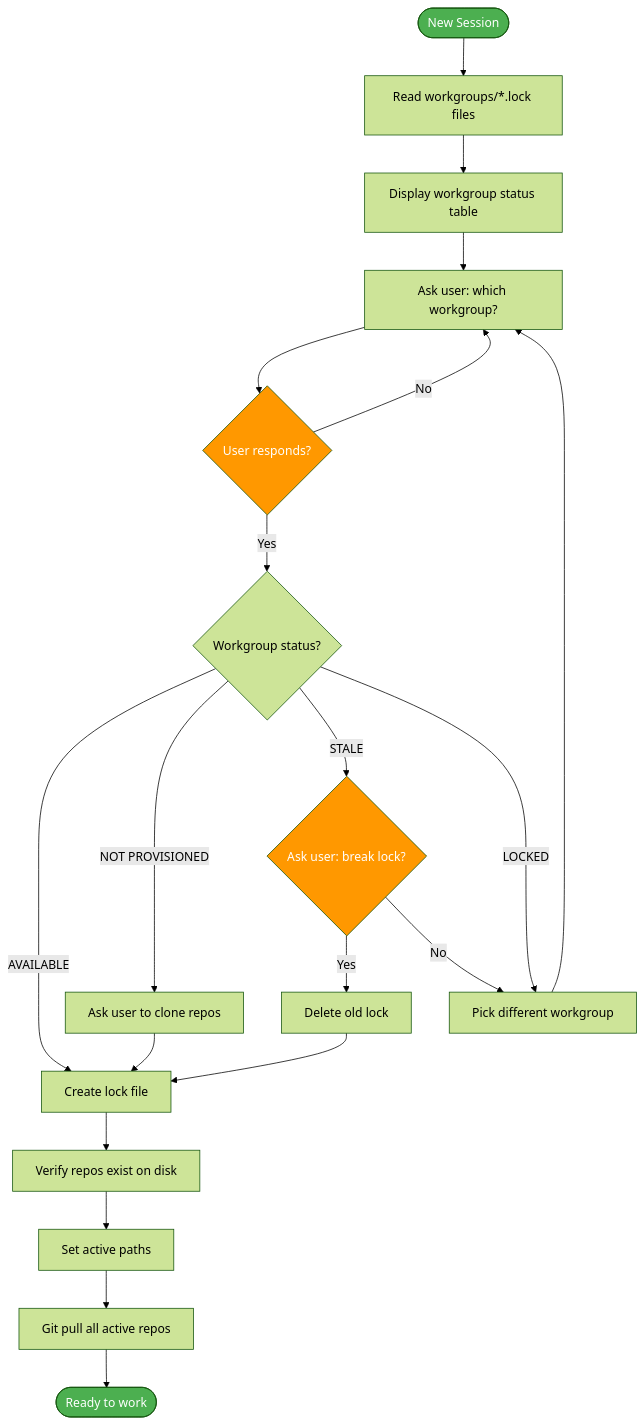
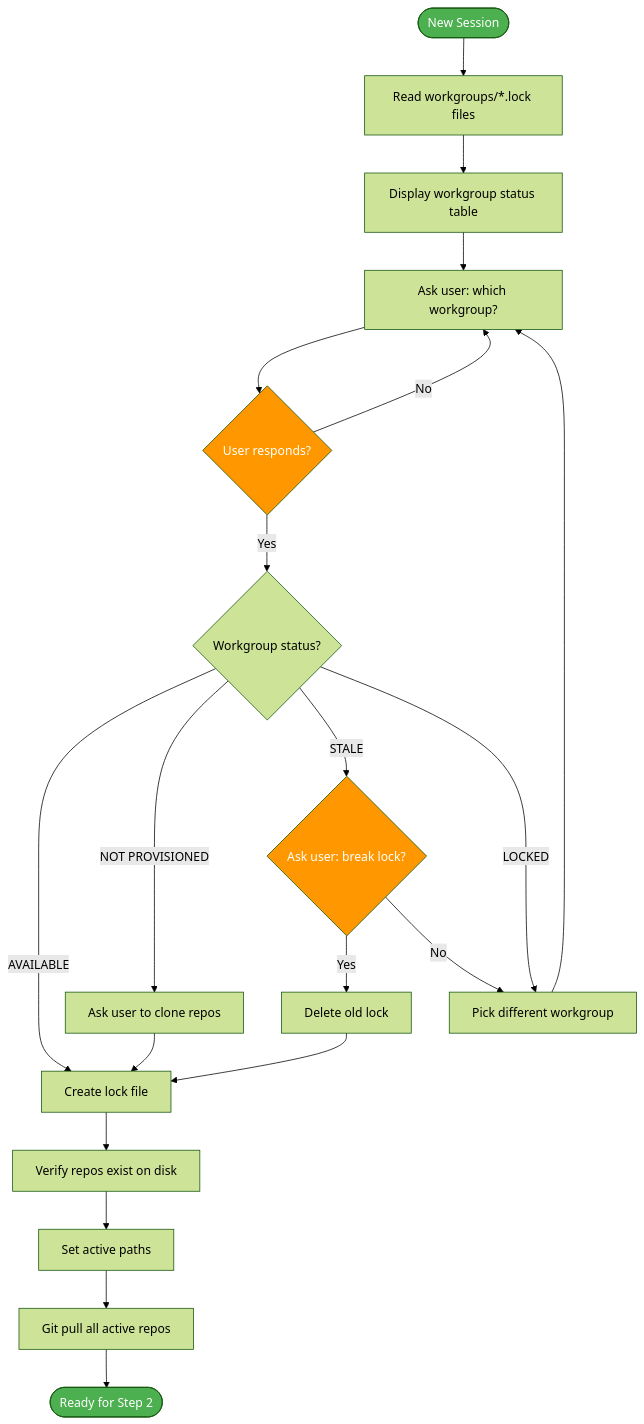
The third of 5 diagrams in docs/WORKFLOW_DIAGRAM.md (mblua/todo-workflow), drawn with Mermaid (forest theme) before and after one commit. The commit also changed other lines of this file and 7 other files, not shown here.

````diff
--- a/docs/WORKFLOW_DIAGRAM.md
+++ b/docs/WORKFLOW_DIAGRAM.md
@@ -7,29 +98,29 @@
 ```mermaid
 flowchart TD
     START([New Session]) --> READ[Read workgroups/*.lock files]
     READ --> DISPLAY[Display workgroup status table]
     DISPLAY --> ASK[Ask user: which workgroup?]
     ASK --> WAIT{User responds?}
     WAIT -->|No| ASK
     WAIT -->|Yes| CHECK{Workgroup status?}
 
     CHECK -->|AVAILABLE| LOCK[Create lock file]
     CHECK -->|NOT PROVISIONED| CLONE[Ask user to clone repos]
     CHECK -->|STALE| BREAK{Ask user: break lock?}
     CHECK -->|LOCKED| PICK[Pick different workgroup]
 
     BREAK -->|Yes| DELETE[Delete old lock] --> LOCK
     BREAK -->|No| PICK
     PICK --> ASK
     CLONE --> LOCK
 
     LOCK --> VERIFY[Verify repos exist on disk]
     VERIFY --> ANNOUNCE[Set active paths]
     ANNOUNCE --> PULL[Git pull all active repos]
-    PULL --> READY([Ready to work])
+    PULL --> READY([Ready for Step 2])
 
     style START fill:#4CAF50,color:#fff
     style READY fill:#4CAF50,color:#fff
     style WAIT fill:#FF9800,color:#fff
     style BREAK fill:#FF9800,color:#fff
 ```
````
